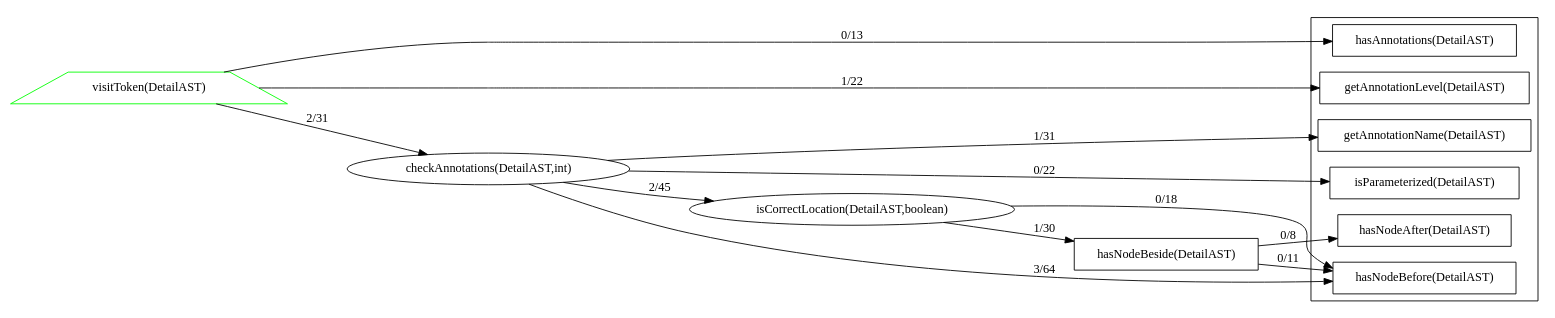
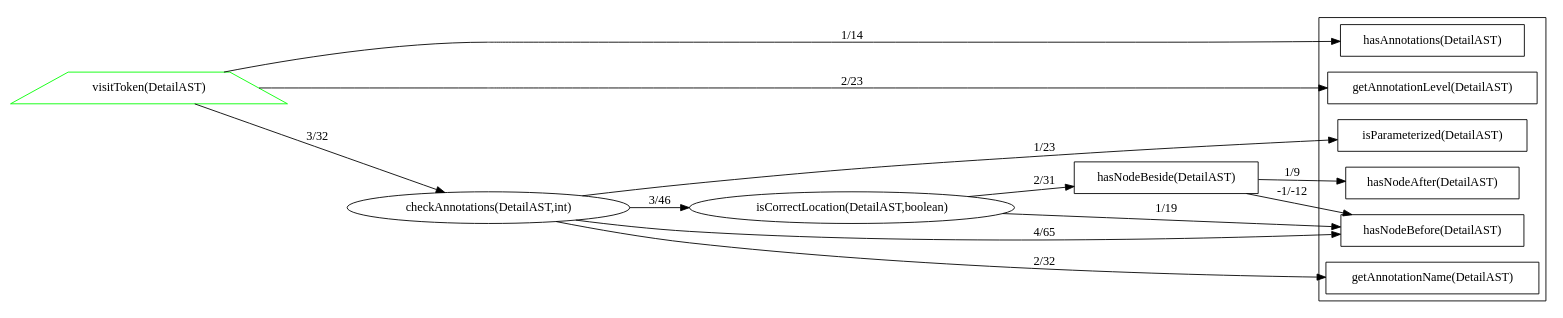
Before and after one commit to alex-zuy/alex-zuy.github.io: the diagram in dot/after_AnnotationLocationCheck.java.dot, drawn with Graphviz. The commit also changed 11 other files, not shown here.

```diff
--- a/dot/after_AnnotationLocationCheck.java.dot
+++ b/dot/after_AnnotationLocationCheck.java.dot
@@ -1,40 +1,40 @@
 digraph dependencies {
 rankdir = "LR";
 subgraph clustersimple {
+"hasNodeBefore(DetailAST)" [ color="#000000ff" shape="polygon" ];
+"hasAnnotations(DetailAST)" [ color="#000000ff" shape="polygon" ];
+"hasNodeAfter(DetailAST)" [ color="#000000ff" shape="polygon" ];
 "getAnnotationName(DetailAST)" [ color="#000000ff" shape="polygon" ];
-"hasNodeBefore(DetailAST)" [ color="#000000ff" shape="polygon" ];
-"hasNodeAfter(DetailAST)" [ color="#000000ff" shape="polygon" ];
-"hasAnnotations(DetailAST)" [ color="#000000ff" shape="polygon" ];
 "getAnnotationLevel(DetailAST)" [ color="#000000ff" shape="polygon" ];
 "isParameterized(DetailAST)" [ color="#000000ff" shape="polygon" ];
 }
 "isCorrectLocation(DetailAST,boolean)" [ color="#000000ff" ];
-"hasNodeBeside(DetailAST)" [ color="#000000ff" shape="polygon" ];
 "visitToken(DetailAST)" [ color="#00ff00ff" shape="trapezium" ];
 "checkAnnotations(DetailAST,int)" [ color="#000000ff" ];
-"isCorrectLocation(DetailAST,boolean)" -> "hasNodeBefore(DetailAST)" [ label="0/18" ];
-"isCorrectLocation(DetailAST,boolean)" -> "hasNodeBeside(DetailAST)" [ label="1/30" ];
-"hasNodeBeside(DetailAST)" -> "hasNodeBefore(DetailAST)" [ label="0/11" ];
-"hasNodeBeside(DetailAST)" -> "hasNodeAfter(DetailAST)" [ label="0/8" ];
-"visitToken(DetailAST)" -> "hasAnnotations(DetailAST)" [ label="0/13" ];
-"visitToken(DetailAST)" -> "getAnnotationLevel(DetailAST)" [ label="1/22" ];
-"visitToken(DetailAST)" -> "checkAnnotations(DetailAST,int)" [ label="2/31" ];
-"checkAnnotations(DetailAST,int)" -> "getAnnotationName(DetailAST)" [ label="1/31" ];
-"checkAnnotations(DetailAST,int)" -> "isCorrectLocation(DetailAST,boolean)" [ label="2/45" ];
-"checkAnnotations(DetailAST,int)" -> "hasNodeBefore(DetailAST)" [ label="3/64" ];
-"checkAnnotations(DetailAST,int)" -> "isParameterized(DetailAST)" [ label="0/22" ];
+"hasNodeBeside(DetailAST)" [ color="#000000ff" shape="polygon" ];
+"isCorrectLocation(DetailAST,boolean)" -> "hasNodeBefore(DetailAST)" [ label="1/19" ];
+"isCorrectLocation(DetailAST,boolean)" -> "hasNodeBeside(DetailAST)" [ label="2/31" ];
+"visitToken(DetailAST)" -> "hasAnnotations(DetailAST)" [ label="1/14" ];
+"visitToken(DetailAST)" -> "getAnnotationLevel(DetailAST)" [ label="2/23" ];
+"visitToken(DetailAST)" -> "checkAnnotations(DetailAST,int)" [ label="3/32" ];
+"checkAnnotations(DetailAST,int)" -> "isParameterized(DetailAST)" [ label="1/23" ];
+"checkAnnotations(DetailAST,int)" -> "isCorrectLocation(DetailAST,boolean)" [ label="3/46" ];
+"checkAnnotations(DetailAST,int)" -> "getAnnotationName(DetailAST)" [ label="2/32" ];
+"checkAnnotations(DetailAST,int)" -> "hasNodeBefore(DetailAST)" [ label="4/65" ];
+"hasNodeBeside(DetailAST)" -> "hasNodeBefore(DetailAST)" [ label="-1/-12" ];
+"hasNodeBeside(DetailAST)" -> "hasNodeAfter(DetailAST)" [ label="1/9" ];
 /*
 Legend
 Node border color:
     a) GREEN - public
     b) YELLOW - protected
     c) BLACK - private
     d) BLUE - default
 Node shape:
     if static - rectangle
     otherwise if override - trapezium
     otherwise if overloaded - triangle
     otherwise ellipse
 
 */
 }
```
